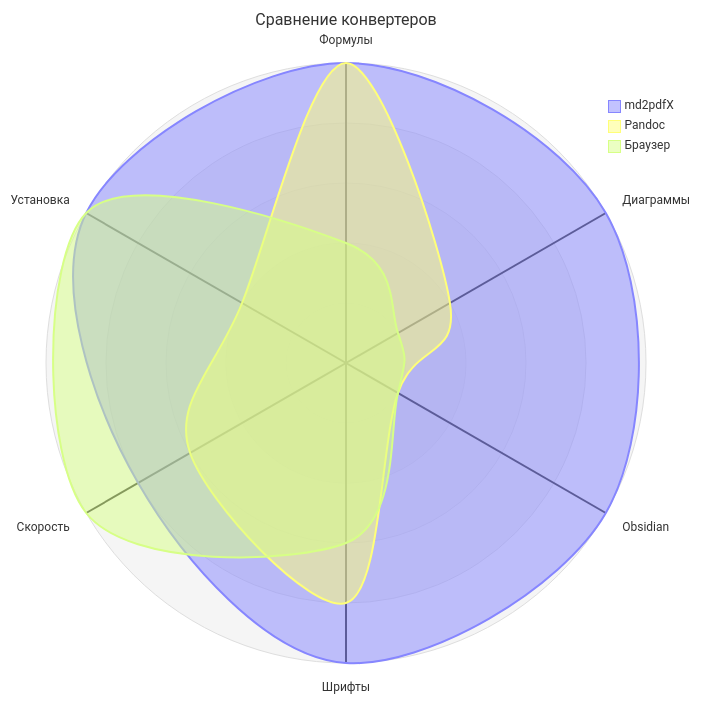
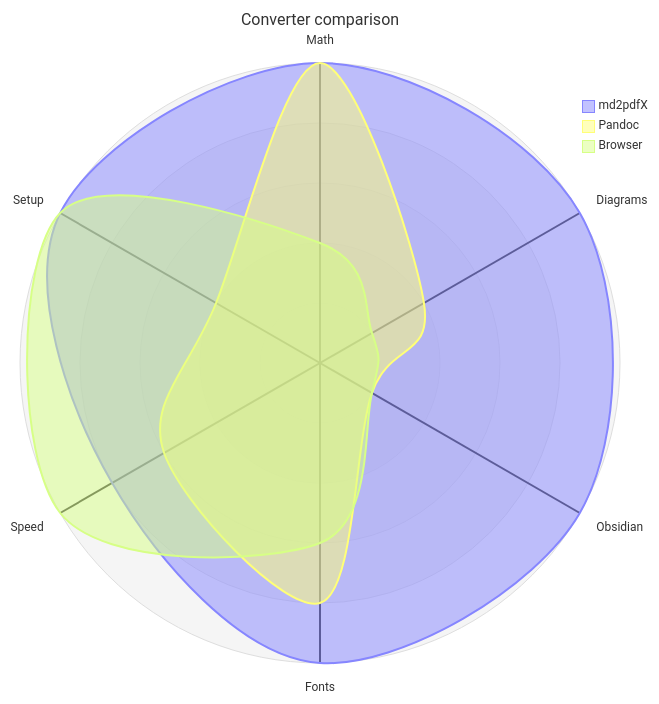
One commit to Kseen715/md2pdfX changed the fifth of 9 diagrams in examples/charts.md. Above: the diagram before and after it, drawn with Mermaid. The commit also changed other lines of this file and 25 other files, not shown here.

````diff
--- a/examples/charts.md
+++ b/examples/charts.md
@@ -72,9 +72,9 @@
 ```mermaid
 radar-beta
-    title Сравнение конвертеров
-    axis math["Формулы"], diag["Диаграммы"], obs["Obsidian"], fonts["Шрифты"], speed["Скорость"], setup["Установка"]
+    title Converter comparison
+    axis math["Math"], diag["Diagrams"], obs["Obsidian"], fonts["Fonts"], speed["Speed"], setup["Setup"]
     curve a["md2pdfX"]{5, 5, 5, 5, 4, 5}
     curve b["Pandoc"]{5, 2, 1, 4, 3, 2}
-    curve c["Браузер"]{2, 1, 1, 3, 5, 5}
+    curve c["Browser"]{2, 1, 1, 3, 5, 5}
     max 5
 ```
````
